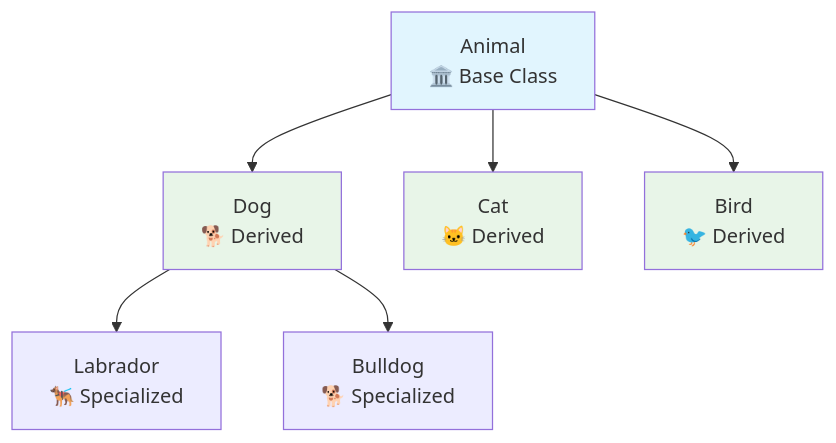
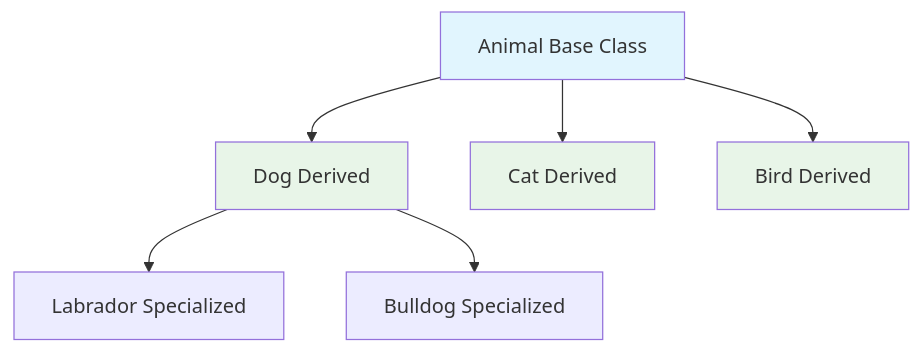
One commit to Swamy-s-Tech-Skills-Academy/swamy-tech-skills-academy-main changed the second of 6 diagrams in 03_ReferenceLibrary/OOP/OOP-Fundamentals-CheatSheet.md. Above: the diagram before and after it, drawn with Mermaid. The commit also changed other lines of this file and 1 other file, not shown here.

````diff
--- a/03_ReferenceLibrary/OOP/OOP-Fundamentals-CheatSheet.md
+++ b/03_ReferenceLibrary/OOP/OOP-Fundamentals-CheatSheet.md
@@ -45,14 +45,14 @@
 ```mermaid
 graph TD
-    A[Animal<br/>🏛️ Base Class] --> B[Dog<br/>🐕 Derived]
-    A --> C[Cat<br/>🐱 Derived]
-    A --> D[Bird<br/>🐦 Derived]
+    A[Animal Base Class] --> B[Dog Derived]
+    A --> C[Cat Derived]
+    A --> D[Bird Derived]
 
-    B --> E[Labrador<br/>🐕‍🦺 Specialized]
-    B --> F[Bulldog<br/>🐕 Specialized]
+    B --> E[Labrador Specialized]
+    B --> F[Bulldog Specialized]
 
     style A fill:#e1f5fe
     style B fill:#e8f5e8
     style C fill:#e8f5e8
     style D fill:#e8f5e8
 ```
````
